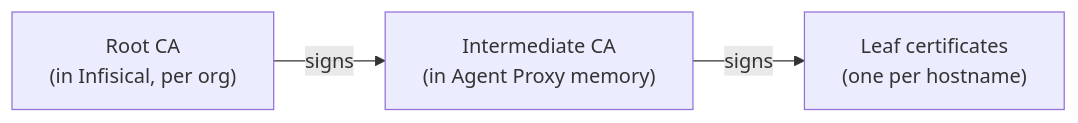
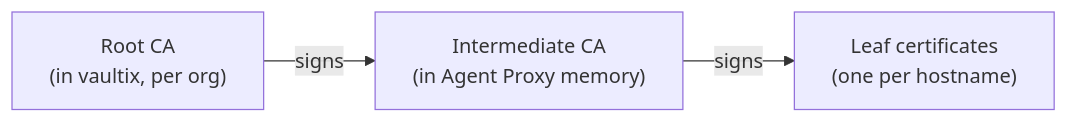
The diagram in core/docs/documentation/platform/agent-proxy/standalone-agent-proxy.mdx (shippinAI/vaultix), drawn with Mermaid before and after one commit. The commit also changed other lines of this file and 1202 other files, not shown here.

````diff
--- a/core/docs/documentation/platform/agent-proxy/standalone-agent-proxy.mdx
+++ b/core/docs/documentation/platform/agent-proxy/standalone-agent-proxy.mdx
@@ -176,5 +176,5 @@
 ```mermaid
 flowchart LR
-    A["Root CA<br/>(in Infisical, per org)"] -->|signs| B["Intermediate CA<br/>(in Agent Proxy memory)"]
+    A["Root CA<br/>(in vaultix, per org)"] -->|signs| B["Intermediate CA<br/>(in Agent Proxy memory)"]
     B -->|signs| C["Leaf certificates<br/>(one per hostname)"]
 ```
````
